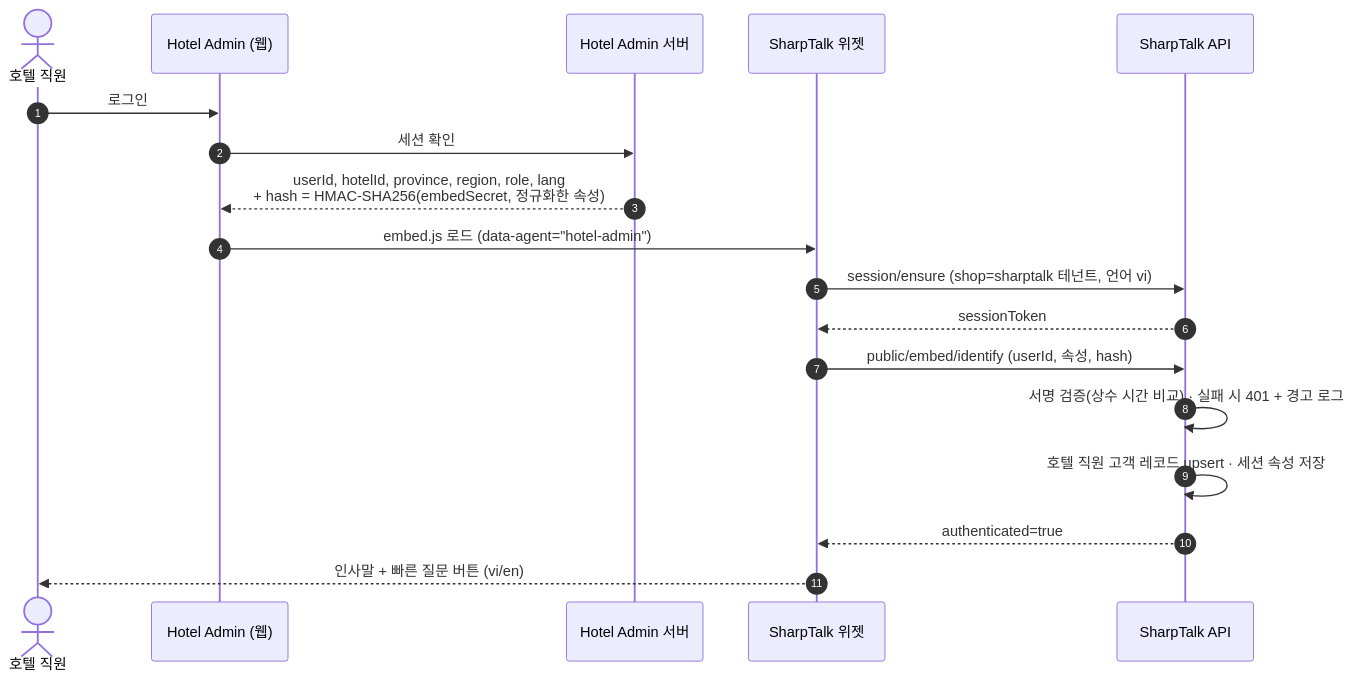
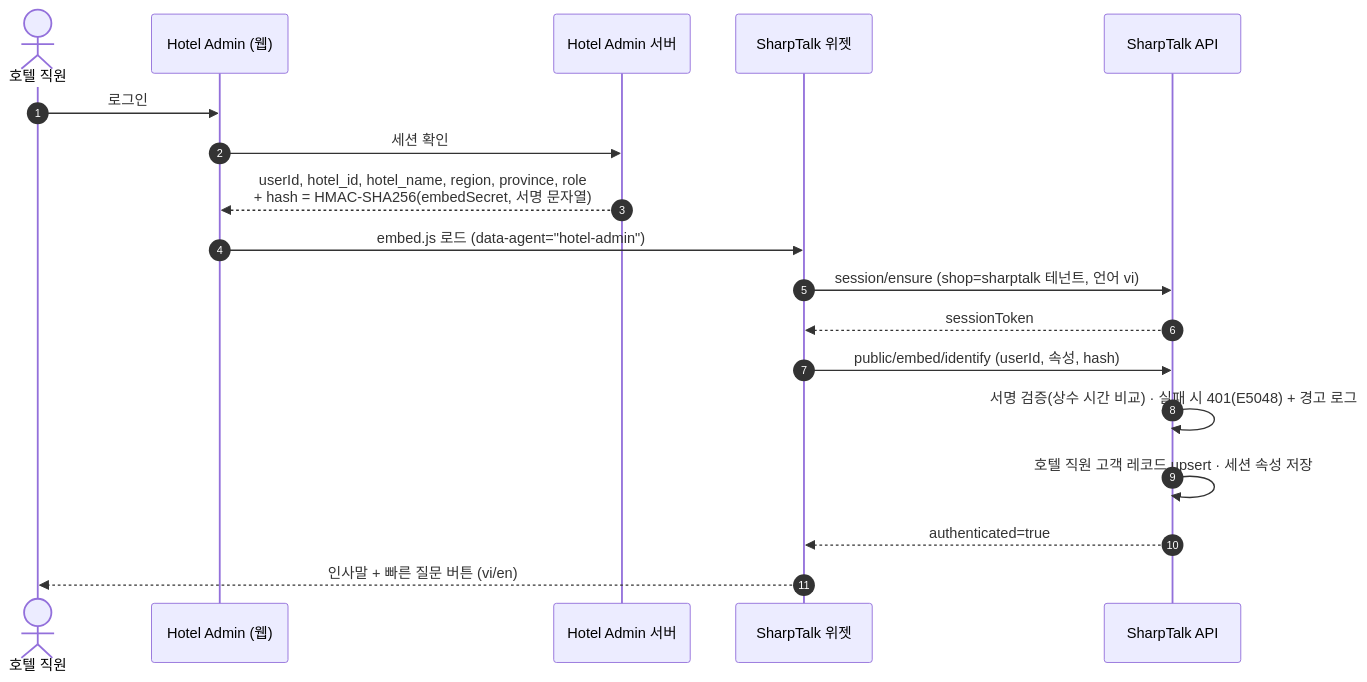
Before and after one commit to amoeba-group/btbz-sharp-talk: the seventh of 15 diagrams in docs/plan/PLN-261015-SharpTalk-for-Go2Joy-Project-Plan.md, drawn with Mermaid. The commit also changed other lines of this file and 4 other files, not shown here.

````diff
--- a/docs/plan/PLN-261015-SharpTalk-for-Go2Joy-Project-Plan.md
+++ b/docs/plan/PLN-261015-SharpTalk-for-Go2Joy-Project-Plan.md
@@ -309,20 +328,20 @@
 ```mermaid
 sequenceDiagram
   autonumber
   actor U as 호텔 직원
   participant HA as Hotel Admin (웹)
   participant HS as Hotel Admin 서버
   participant W as SharpTalk 위젯
   participant API as SharpTalk API
   U->>HA: 로그인
   HA->>HS: 세션 확인
-  HS-->>HA: userId, hotelId, province, region, role, lang<br/>+ hash = HMAC-SHA256(embedSecret, 정규화한 속성)
+  HS-->>HA: userId, hotel_id, hotel_name, region, province, role<br/>+ hash = HMAC-SHA256(embedSecret, 서명 문자열)
   HA->>W: embed.js 로드 (data-agent="hotel-admin")
   W->>API: session/ensure (shop=sharptalk 테넌트, 언어 vi)
   API-->>W: sessionToken
   W->>API: public/embed/identify (userId, 속성, hash)
-  API->>API: 서명 검증(상수 시간 비교) · 실패 시 401 + 경고 로그
+  API->>API: 서명 검증(상수 시간 비교) · 실패 시 401(E5048) + 경고 로그
   API->>API: 호텔 직원 고객 레코드 upsert · 세션 속성 저장
   API-->>W: authenticated=true
   W-->>U: 인사말 + 빠른 질문 버튼 (vi/en)
 ```
````
